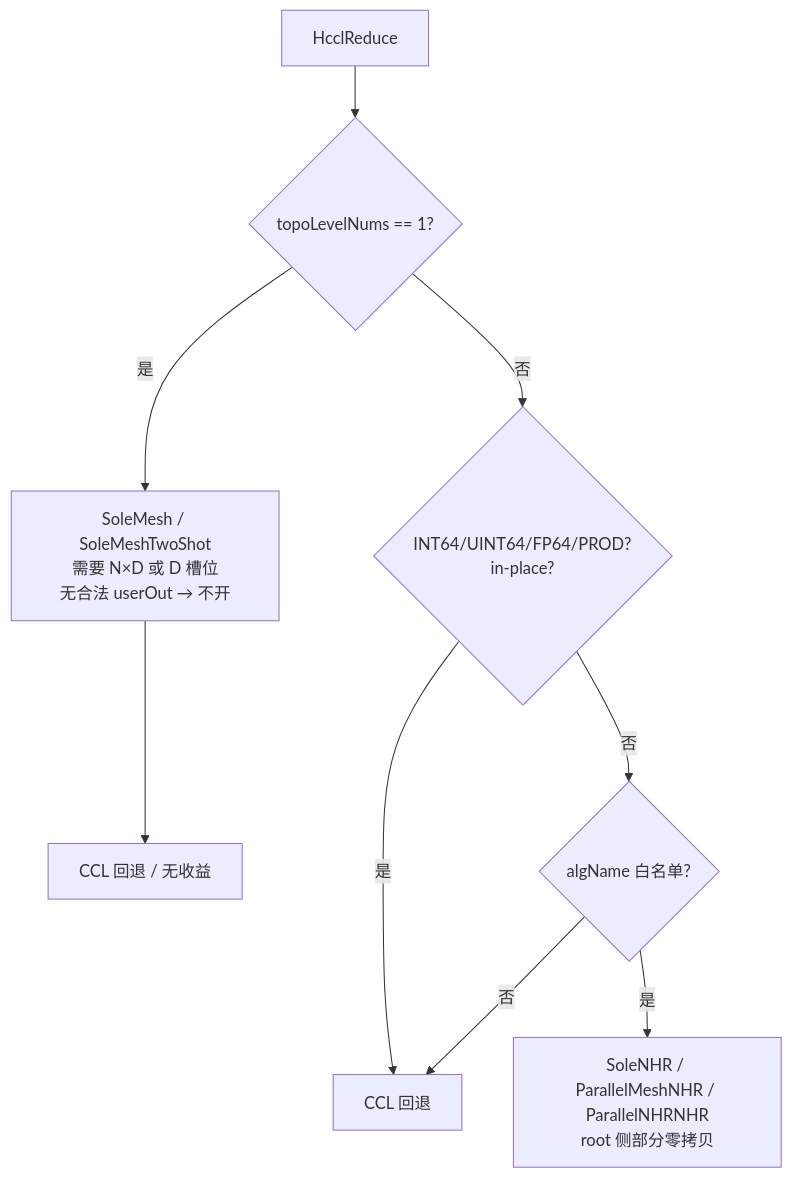
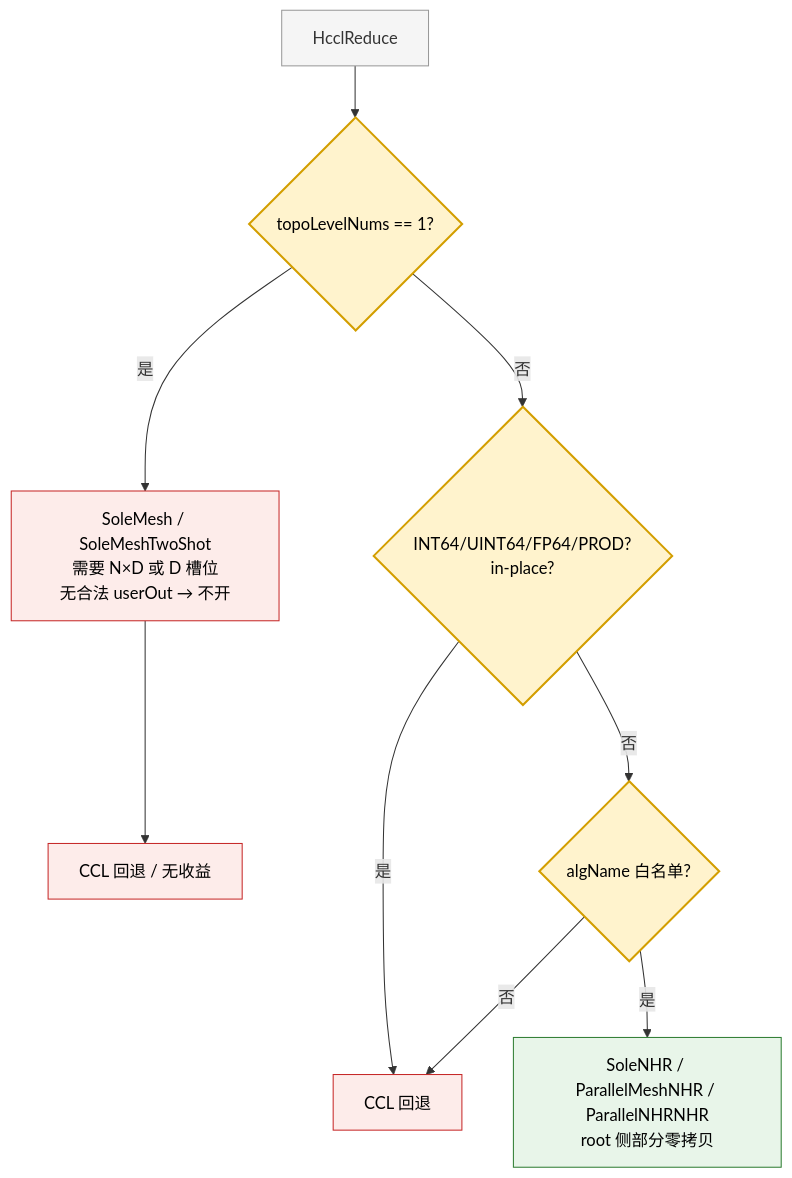
One commit to cassielee-tech/my-lib changed the seventh of 10 diagrams in design/26RP4/支持allgatherV、reduce算子的零拷贝模式/SRS_SD-AllGatherV与Reduce零拷贝.md. Above: the diagram before and after it, drawn with Mermaid. The commit also changed other lines of this file, not shown here.

Commit message:
docs: 零拷贝关键流程图增加改动高亮

````diff
--- a/design/26RP4/支持allgatherV、reduce算子的零拷贝模式/SRS_SD-AllGatherV与Reduce零拷贝.md
+++ b/design/26RP4/支持allgatherV、reduce算子的零拷贝模式/SRS_SD-AllGatherV与Reduce零拷贝.md
@@ -450,11 +478,19 @@
 ```mermaid
 flowchart TD
     A["HcclReduce"] --> B{"topoLevelNums == 1?"}
     B -- 是 --> C["SoleMesh / SoleMeshTwoShot<br/>需要 N×D 或 D 槽位<br/>无合法 userOut → 不开"]
     B -- 否 --> D{"INT64/UINT64/FP64/PROD?<br/>in-place?"}
     D -- 是 --> E["CCL 回退"]
     D -- 否 --> F{"algName 白名单?"}
     F -- 否 --> E
     F -- 是 --> G["SoleNHR / ParallelMeshNHR / ParallelNHRNHR<br/>root 侧部分零拷贝"]
     C --> H["CCL 回退 / 无收益"]
+    classDef existing fill:#f5f5f5,stroke:#999,color:#333;
+    classDef changed fill:#fff3cd,stroke:#d39e00,stroke-width:2px,color:#000;
+    classDef fallback fill:#fdecea,stroke:#c62828,color:#000;
+    classDef direct fill:#e8f5e9,stroke:#2e7d32,color:#000;
+    class A existing;
+    class B,D,F changed;
+    class G direct;
+    class C,E,H fallback;
 ```
````
